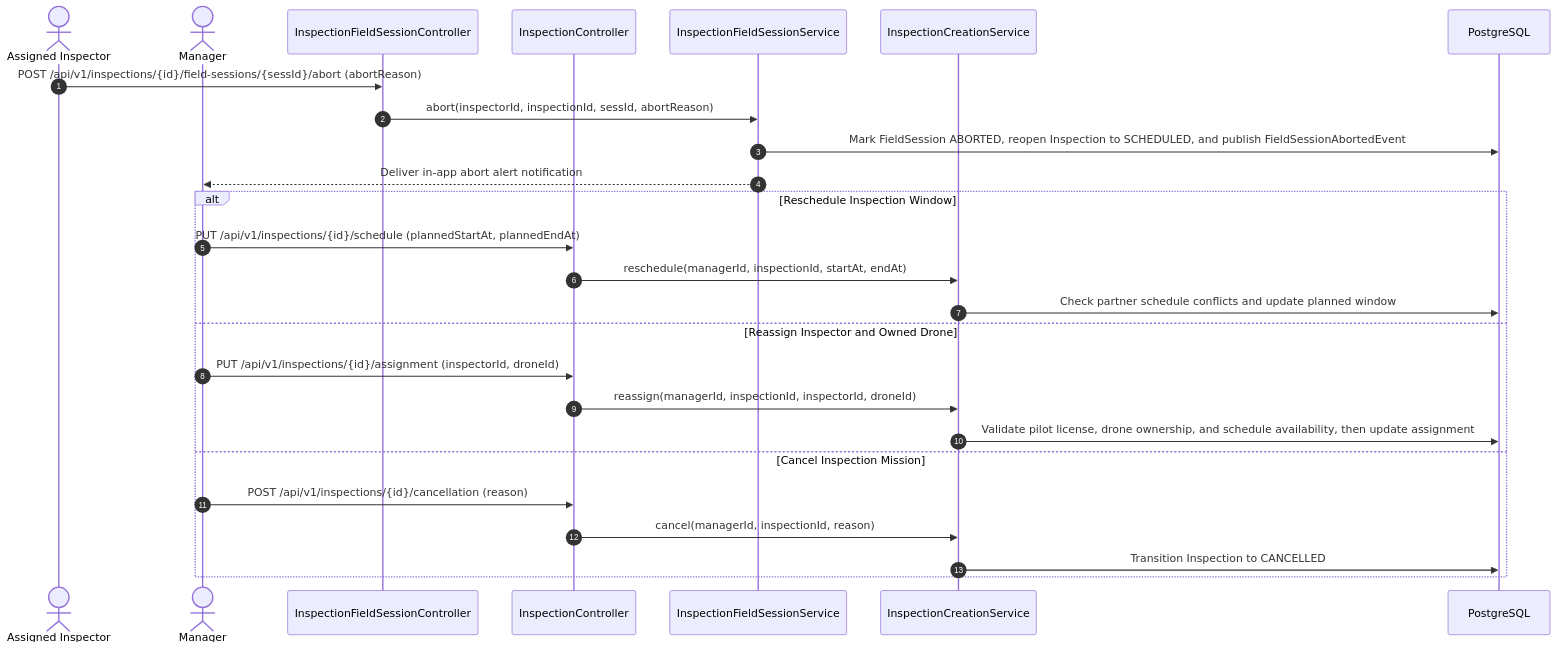
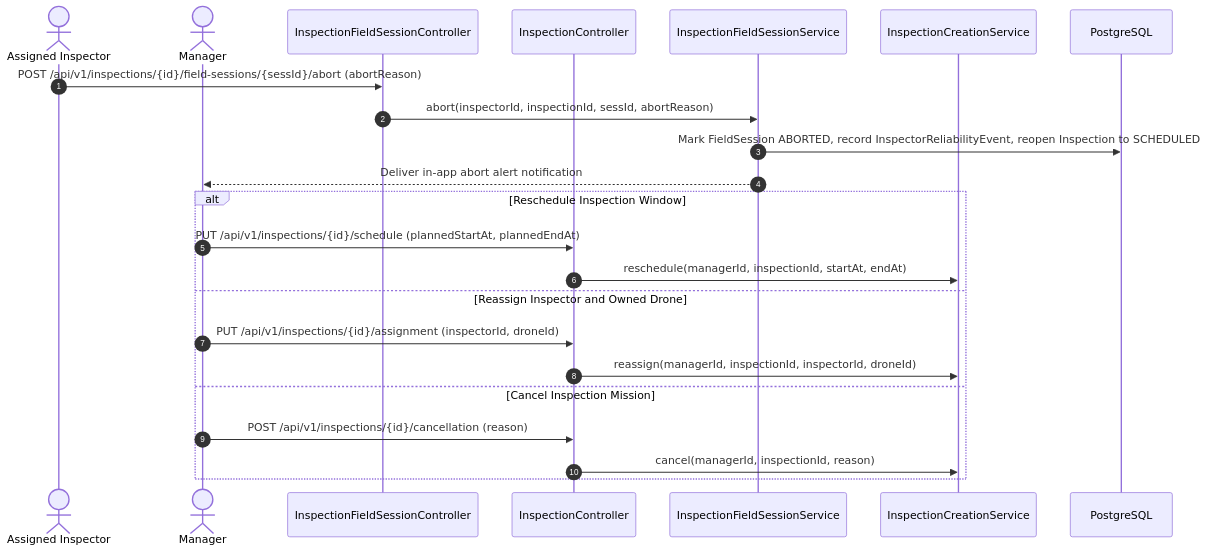
Before and after one commit to tungbach12/SmartDroneInspection-Docs: diagram 14 of 22 in reports/report-4-software-design-document/03-detailed-design.md, drawn with Mermaid. The commit also changed other lines of this file and 139 other files, not shown here.

Commit message:
docs(reports,diagrams): split 24-feature reports and reorganize type-specific draw.io diagrams

````diff
--- a/reports/report-4-software-design-document/03-detailed-design.md
+++ b/reports/report-4-software-design-document/03-detailed-design.md
@@ -804,31 +720,28 @@
 ```mermaid
-%% title: FE-05 Field Session Abort and Manager Recovery Dispatch Sequence Diagram
+%% title: FE-14 Field Session Abort and Manager Recovery Dispatch Sequence Diagram
 sequenceDiagram
   autonumber
   actor Insp as Assigned Inspector
   actor Mgr as Manager
   participant SessCtrl as InspectionFieldSessionController
   participant InspCtrl as InspectionController
   participant SessSvc as InspectionFieldSessionService
   participant CreateSvc as InspectionCreationService
   participant DB as PostgreSQL
 
   Insp->>SessCtrl: POST /api/v1/inspections/{id}/field-sessions/{sessId}/abort (abortReason)
   SessCtrl->>SessSvc: abort(inspectorId, inspectionId, sessId, abortReason)
-  SessSvc->>DB: Mark FieldSession ABORTED, reopen Inspection to SCHEDULED, and publish FieldSessionAbortedEvent
+  SessSvc->>DB: Mark FieldSession ABORTED, record InspectorReliabilityEvent, reopen Inspection to SCHEDULED
   SessSvc-->>Mgr: Deliver in-app abort alert notification
 
   alt Reschedule Inspection Window
     Mgr->>InspCtrl: PUT /api/v1/inspections/{id}/schedule (plannedStartAt, plannedEndAt)
     InspCtrl->>CreateSvc: reschedule(managerId, inspectionId, startAt, endAt)
-    CreateSvc->>DB: Check partner schedule conflicts and update planned window
   else Reassign Inspector and Owned Drone
     Mgr->>InspCtrl: PUT /api/v1/inspections/{id}/assignment (inspectorId, droneId)
     InspCtrl->>CreateSvc: reassign(managerId, inspectionId, inspectorId, droneId)
-    CreateSvc->>DB: Validate pilot license, drone ownership, and schedule availability, then update assignment
   else Cancel Inspection Mission
     Mgr->>InspCtrl: POST /api/v1/inspections/{id}/cancellation (reason)
     InspCtrl->>CreateSvc: cancel(managerId, inspectionId, reason)
-    CreateSvc->>DB: Transition Inspection to CANCELLED
   end
 ```
````
